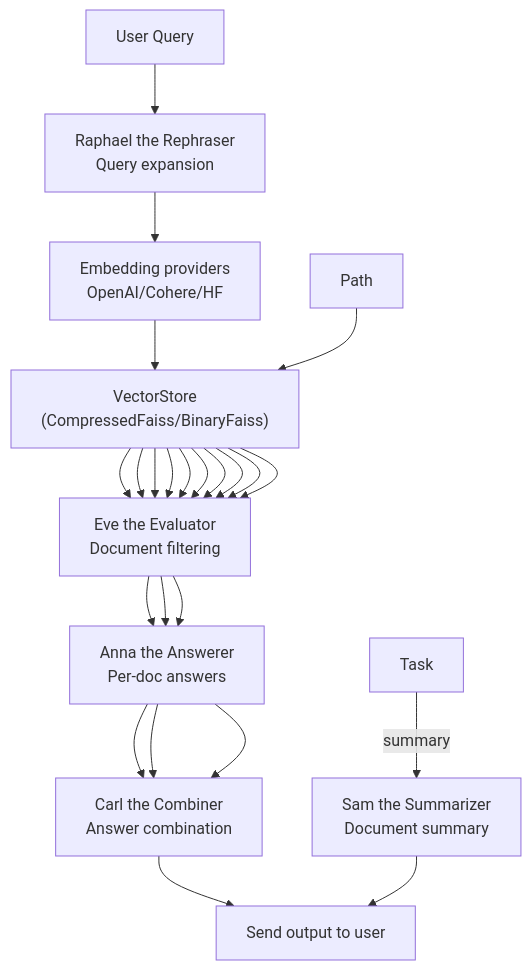
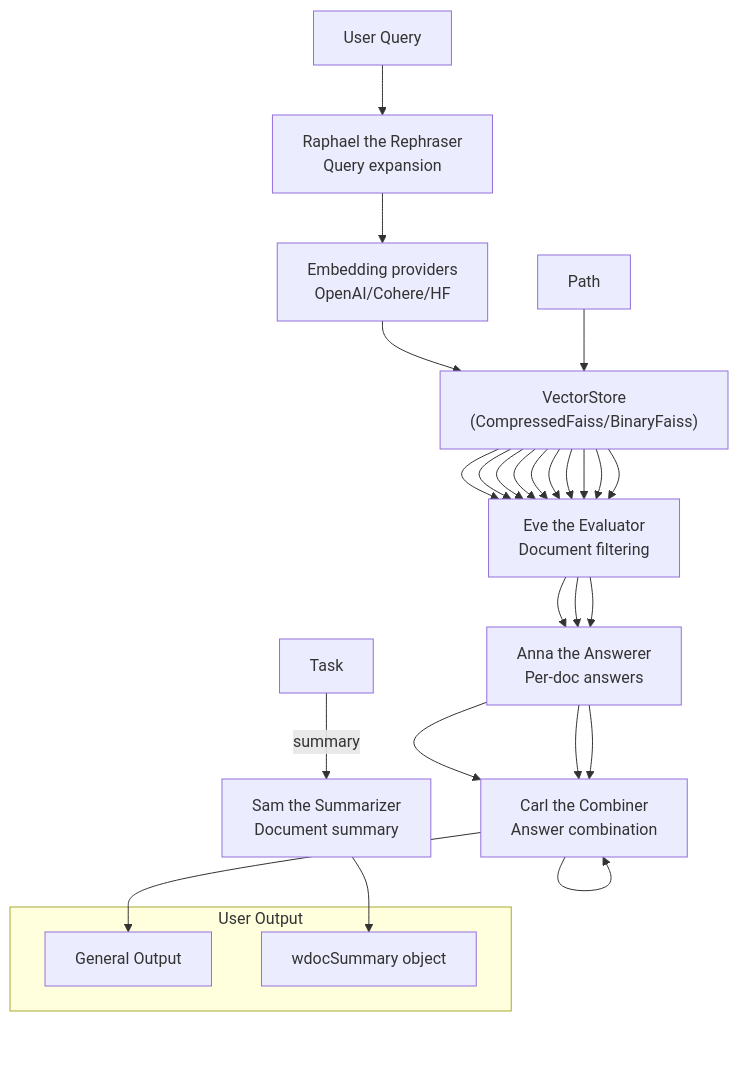
The diagram in images/diagram.mmd (thiswillbeyourgithub/wdoc), drawn with Mermaid before and after one commit. The commit also changed 2 other files, not shown here.

Commit message:
feat: update diagram with self-referencing arrow and structured output

```diff
--- a/images/diagram.mmd
+++ b/images/diagram.mmd
@@ -1,44 +1,50 @@
 flowchart TD
     Task["Task"]
     UserQuery["User Query"]
     Path["Path"]
 
     Embeddings["Embedding providers<br/>OpenAI/Cohere/HF"]
     VectorStore["VectorStore<br/>(CompressedFaiss/BinaryFaiss)"]
 
     Embeddings --> VectorStore
 
     Raphael["Raphael the Rephraser<br/>Query expansion"]
     Sam["Sam the Summarizer<br/>Document summary"]
     Eve["Eve the Evaluator<br/>Document filtering"]
     Anna["Anna the Answerer<br/>Per-doc answers"]
     Carl["Carl the Combiner<br/>Answer combination"]
 
     Path --> VectorStore
     UserQuery --> Raphael
     Raphael --> Embeddings
     
     VectorStore --> Eve
     VectorStore --> Eve
     VectorStore --> Eve
     VectorStore --> Eve
     VectorStore --> Eve
     VectorStore --> Eve
     VectorStore --> Eve
     VectorStore --> Eve
     VectorStore --> Eve
     VectorStore --> Eve
     
     Eve --> Anna
     Eve --> Anna
     Eve --> Anna
     
     Anna --> Carl
     Anna --> Carl
     Anna --> Carl
 
-    Output["Send output to user"]
+    Carl --> Carl
+
+    subgraph UserOutput["User Output"]
+        Output["General Output"]
+        SummaryOutput["wdocSummary object"]
+    end
+    
     Carl --> Output
     
     Task -->|summary| Sam
-    Sam --> Output
+    Sam --> SummaryOutput
```
